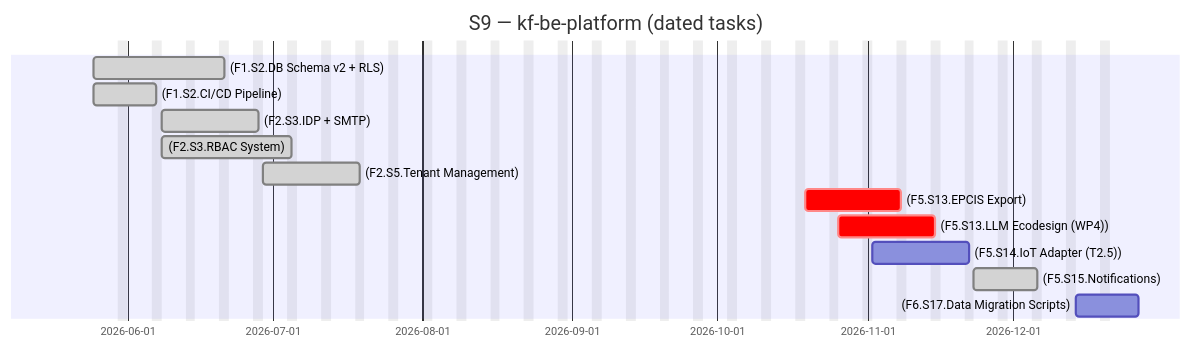
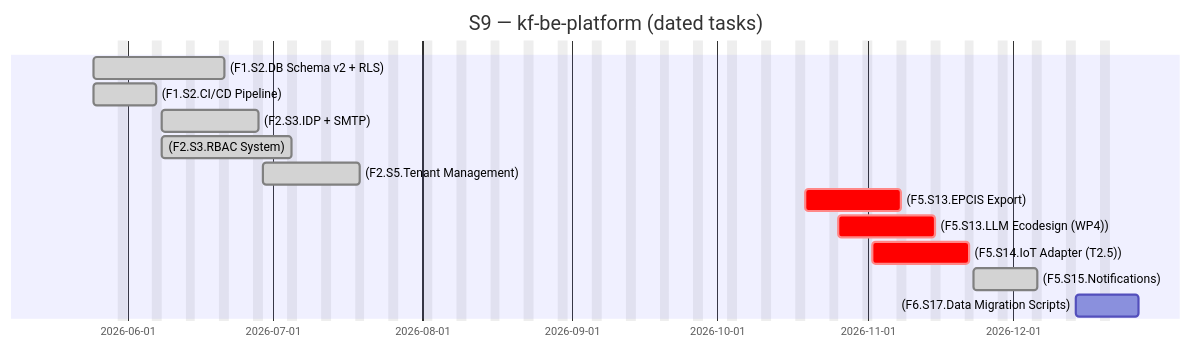
Before and after one commit to Katty-Fashion/kf-cpto: the second of 2 diagrams in docs/_projects/kf-be-platform.md, drawn with Mermaid. The commit also changed other lines of this file and 15 other files, not shown here.

````diff
--- a/docs/_projects/kf-be-platform.md
+++ b/docs/_projects/kf-be-platform.md
@@ -82,17 +82,17 @@
 ```mermaid
 gantt
     title S9 — kf-be-platform (dated tasks)
     dateFormat YYYY-MM-DD
     excludes weekends
 
     (F1.S2.DB Schema v2 + RLS) :done, 2026-05-25, 2026-06-21
     (F1.S2.CI/CD Pipeline) :done, 2026-05-25, 2026-06-07
     (F2.S3.IDP + SMTP) :done, 2026-06-08, 2026-06-28
     (F2.S3.RBAC System) :done, 2026-06-08, 2026-07-05
     (F2.S5.Tenant Management) :done, 2026-06-29, 2026-07-19
     (F5.S13.EPCIS Export) :crit, 2026-10-19, 2026-11-08
     (F5.S13.LLM Ecodesign (WP4)) :crit, 2026-10-26, 2026-11-15
-    (F5.S14.IoT Adapter (T2.5)) :2026-11-02, 2026-11-22
+    (F5.S14.IoT Adapter (T2.5)) :crit, 2026-11-02, 2026-11-22
     (F5.S15.Notifications) :done, 2026-11-23, 2026-12-06
     (F6.S17.Data Migration Scripts) :2026-12-14, 2026-12-27
 ```
````
